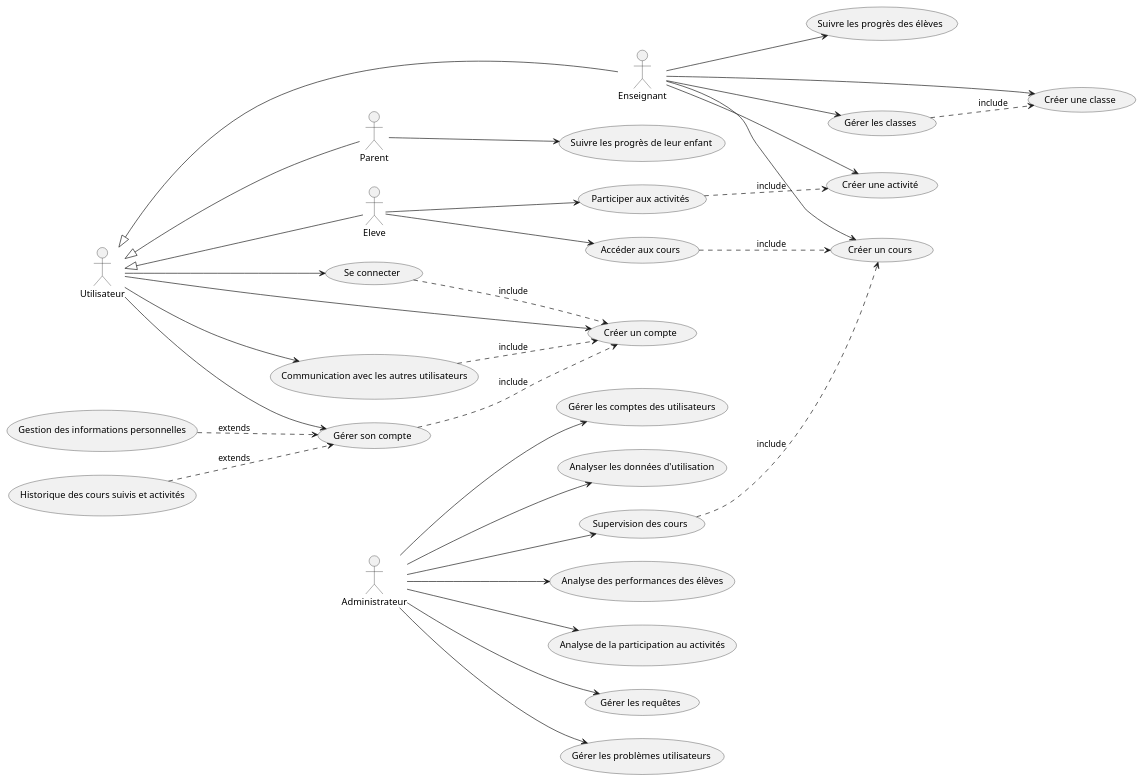
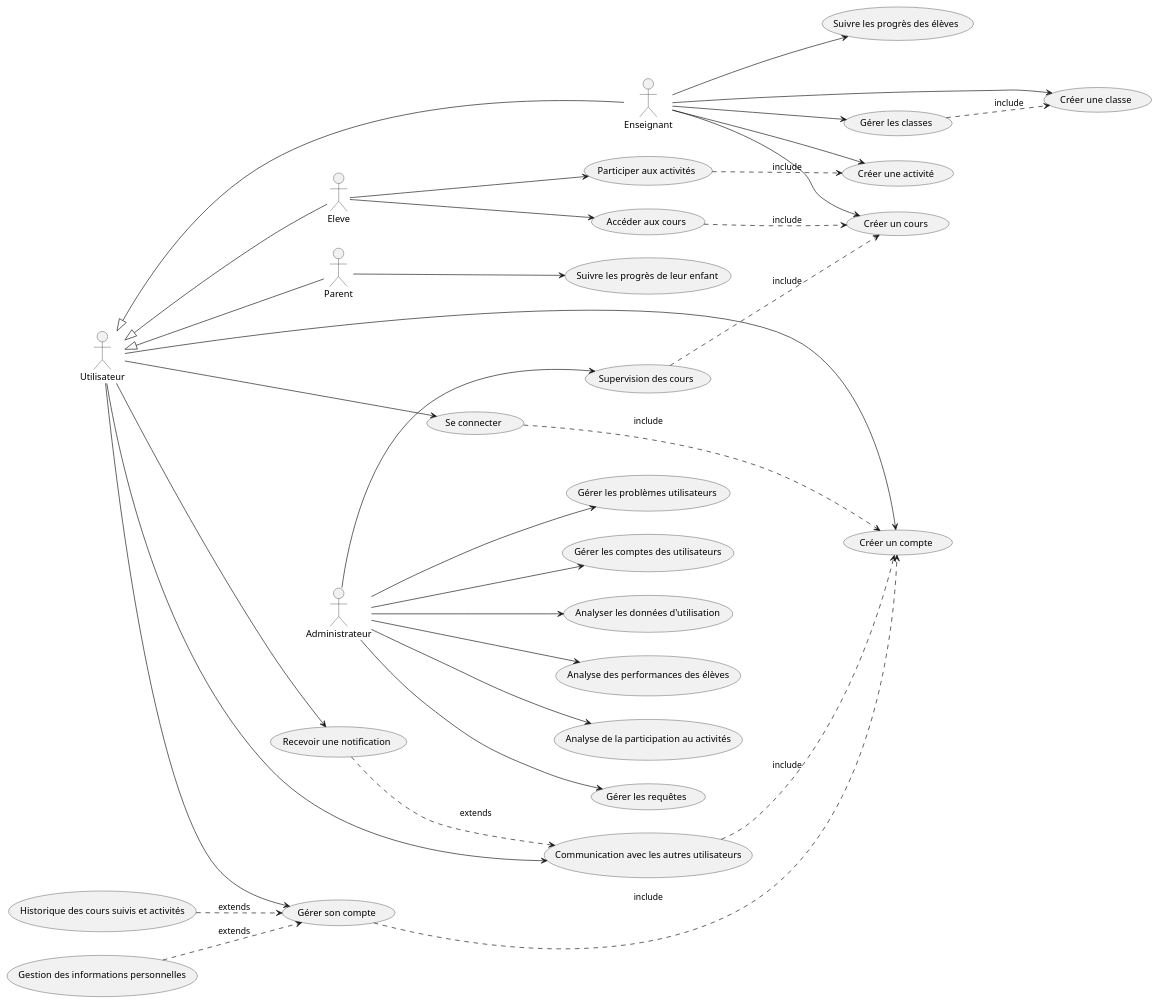
One commit to AurelienDillies/Primeo changed the diagram in Conception/use_case/use_case.puml. Above: the diagram before and after it, drawn with PlantUML.

Commit message:
ajouter les notifications pour les messages

```diff
--- a/Conception/use_case/use_case.puml
+++ b/Conception/use_case/use_case.puml
@@ -1,48 +1,50 @@
 @startuml Digiforma
 left to right direction
 
 actor :Enseignant:
 actor :Eleve:
 actor :Parent:
 actor :Administrateur:
 actor :Utilisateur:
 
 :Utilisateur: <|-- :Enseignant:
 :Utilisateur: <|-- :Eleve:
 :Utilisateur: <|-- :Parent:
 
 :Utilisateur: --> (Créer un compte)
 :Utilisateur: --> (Se connecter)
 :Utilisateur: --> (Gérer son compte)
 :Utilisateur: --> (Communication avec les autres utilisateurs)
+:Utilisateur: --> (Recevoir une notification)
 
 :Enseignant: --> (Créer une classe)
 :Enseignant: --> (Gérer les classes)
 :Enseignant: --> (Créer un cours)
 :Enseignant: --> (Créer une activité)
 :Enseignant: --> (Suivre les progrès des élèves)
 
 :Eleve: --> (Accéder aux cours)
 :Eleve: --> (Participer aux activités)
 
 :Parent: --> (Suivre les progrès de leur enfant)
 
 :Administrateur: --> (Gérer les comptes des utilisateurs)
 :Administrateur: --> (Supervision des cours)
 :Administrateur: --> (Analyser les données d'utilisation)
 :Administrateur: --> (Analyse des performances des élèves)
 :Administrateur: --> (Analyse de la participation au activités)
 :Administrateur: --> (Gérer les requêtes)
 :Administrateur: --> (Gérer les problèmes utilisateurs)
 
 (Se connecter) ..> (Créer un compte) :include
 (Gérer son compte) ..> (Créer un compte) :include
 (Communication avec les autres utilisateurs) ..> (Créer un compte) :include
+(Recevoir une notification) ..> (Communication avec les autres utilisateurs) :extends
 (Gestion des informations personnelles) ..> (Gérer son compte) :extends
 (Historique des cours suivis et activités) ..> (Gérer son compte) :extends
 (Gérer les classes) ..> (Créer une classe) :include
 (Accéder aux cours) ..> (Créer un cours) :include
 (Participer aux activités) ..> (Créer une activité) :include
 (Supervision des cours) ..> (Créer un cours) :include
 
 @enduml
```
